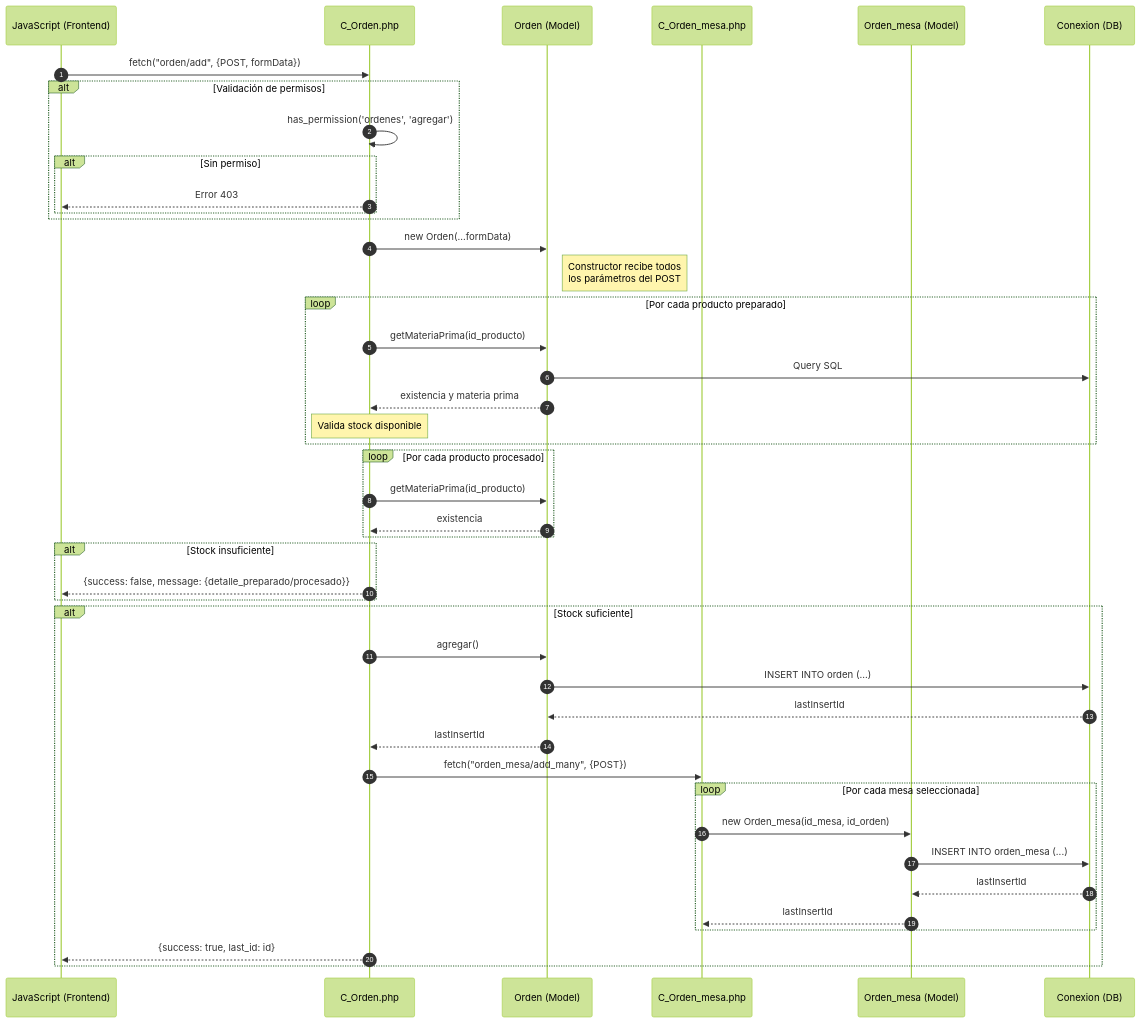
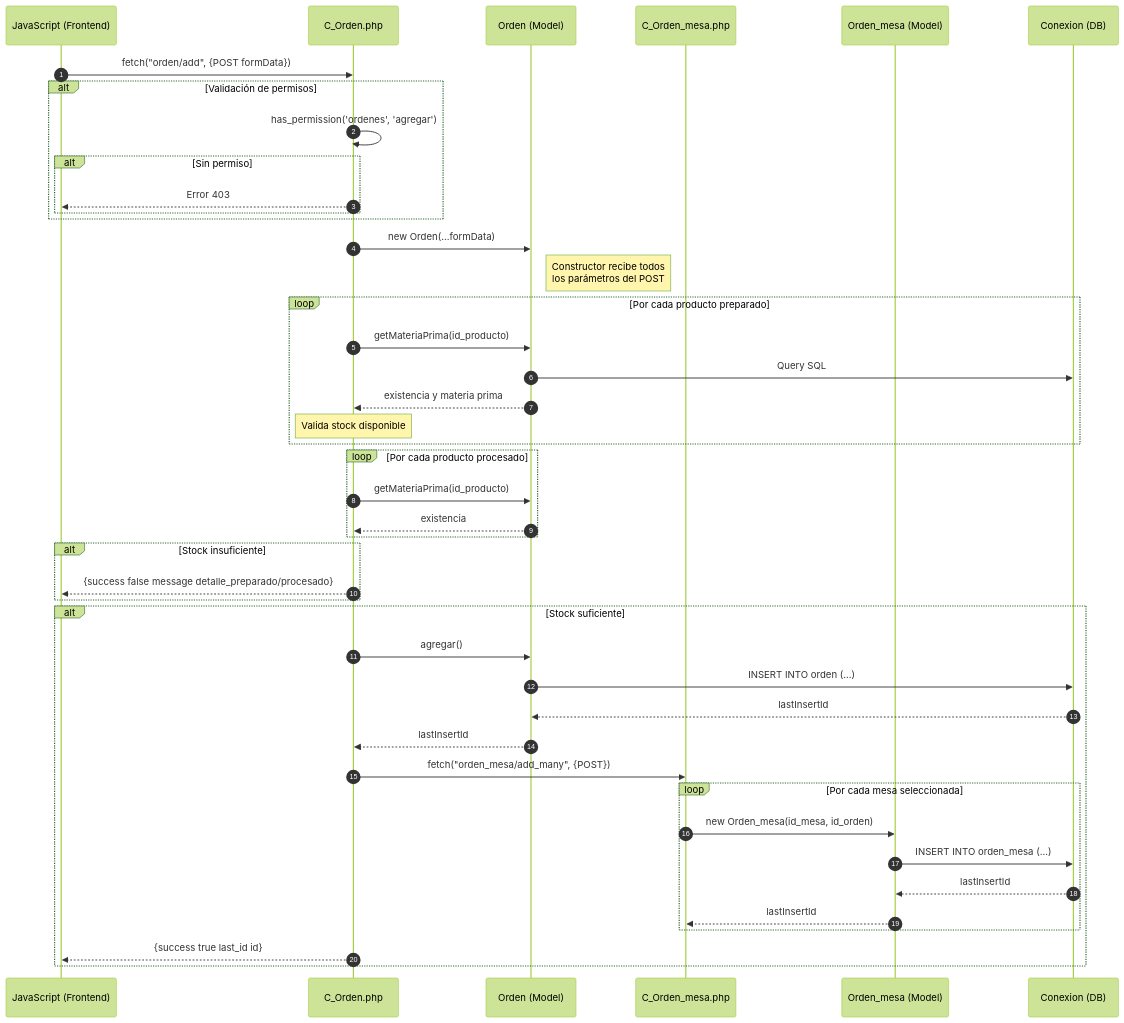
The first of 6 diagrams in docs/secuencia/ordenes/agregar_orden.md (Tecrato/BurgerHouse), drawn with Mermaid (forest theme) before and after one commit. The commit also changed other lines of this file and 13 other files, not shown here.

Commit message:
diagramas de secuencia

````diff
--- a/docs/secuencia/ordenes/agregar_orden.md
+++ b/docs/secuencia/ordenes/agregar_orden.md
@@ -5,56 +5,56 @@
 ```mermaid
 sequenceDiagram
     autonumber
     participant JS as JavaScript (Frontend)
     participant C_Orden as C_Orden.php
     participant Orden as Orden (Model)
     participant C_Orden_mesa as C_Orden_mesa.php
     participant Orden_mesa as Orden_mesa (Model)
     participant DB as Conexion (DB)
     
-    JS->>C_Orden: fetch("orden/add", {POST, formData})
+    JS->>C_Orden: fetch("orden/add", {POST formData})
     
     alt Validación de permisos
         C_Orden->>C_Orden: has_permission('ordenes', 'agregar')
         alt Sin permiso
             C_Orden-->>JS: Error 403
         end
     end
     
     C_Orden->>Orden: new Orden(...formData)
     Note right of Orden: Constructor recibe todos<br/>los parámetros del POST
     
     loop Por cada producto preparado
         C_Orden->>Orden: getMateriaPrima(id_producto)
         Orden->>DB: Query SQL
         Orden-->>C_Orden: existencia y materia prima
         Note over C_Orden: Valida stock disponible
     end
     
     loop Por cada producto procesado
         C_Orden->>Orden: getMateriaPrima(id_producto)
         Orden-->>C_Orden: existencia
     end
     
     alt Stock insuficiente
-        C_Orden-->>JS: {success: false, message: {detalle_preparado/procesado}}
+        C_Orden-->>JS: {success false message detalle_preparado/procesado}
     end
     
     alt Stock suficiente
         C_Orden->>Orden: agregar()
         Orden->>DB: INSERT INTO orden (...)
         DB-->>Orden: lastInsertId
         Orden-->>C_Orden: lastInsertId
         
         C_Orden->>C_Orden_mesa: fetch("orden_mesa/add_many", {POST})
         
         loop Por cada mesa seleccionada
             C_Orden_mesa->>Orden_mesa: new Orden_mesa(id_mesa, id_orden)
             Orden_mesa->>DB: INSERT INTO orden_mesa (...)
             DB-->>Orden_mesa: lastInsertId
             Orden_mesa-->>C_Orden_mesa: lastInsertId
         end
         
-        C_Orden-->>JS: {success: true, last_id: id}
+        C_Orden-->>JS: {success true last_id id}
     end
 ```
````
